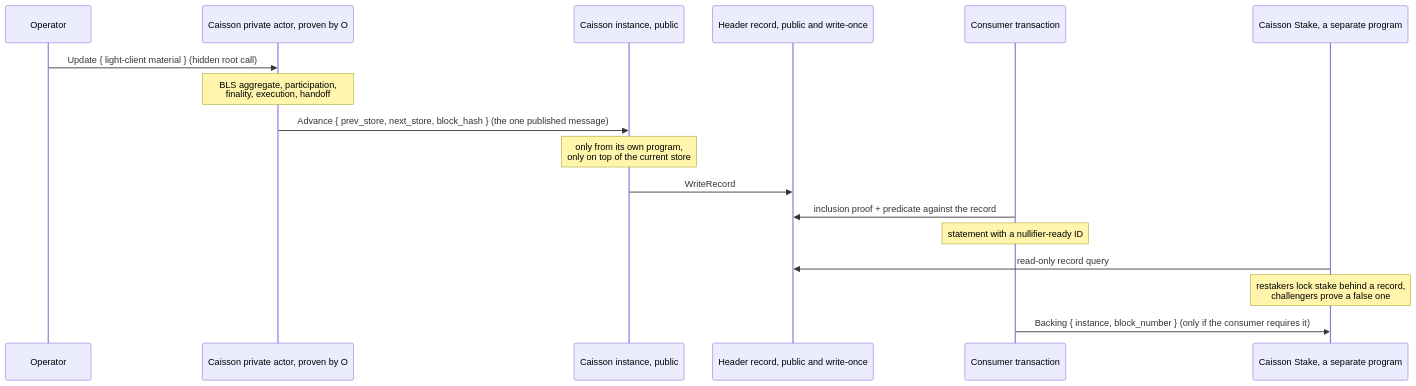
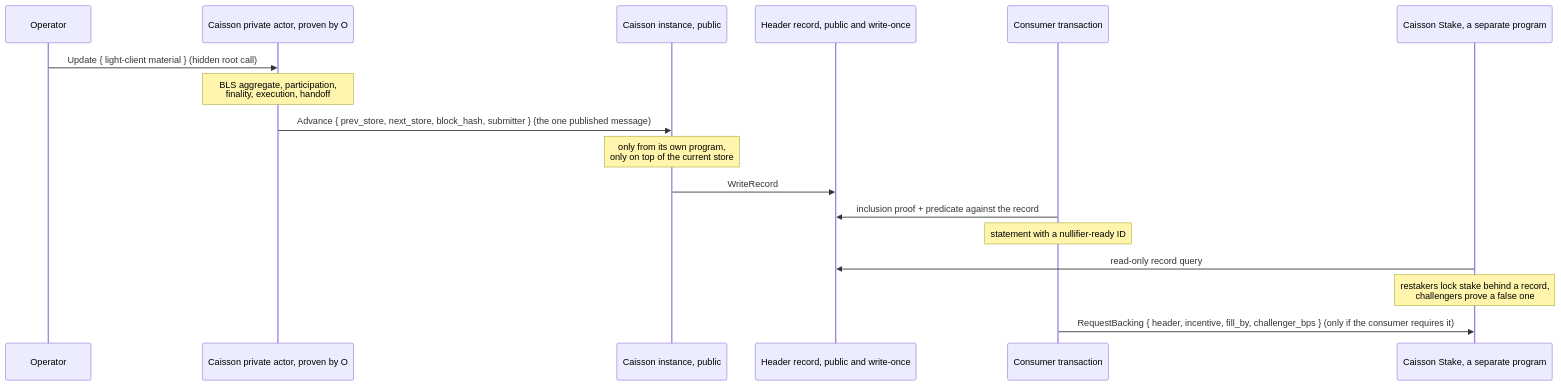
The first of 2 diagrams in submission.md (congruence/caisson), drawn with Mermaid before and after one commit. The commit also changed other lines of this file, not shown here.

````diff
--- a/submission.md
+++ b/submission.md
@@ -117,19 +121,19 @@
 ```mermaid
 sequenceDiagram
     participant O as Operator
     participant P as Caisson private actor, proven by O
     participant I as Caisson instance, public
     participant R as Header record, public and write-once
     participant C as Consumer transaction
     participant S as Caisson Stake, a separate program
     O->>P: Update { light-client material }  (hidden root call)
     Note over P: BLS aggregate, participation,<br/>finality, execution, handoff
-    P->>I: Advance { prev_store, next_store, block_hash }  (the one published message)
+    P->>I: Advance { prev_store, next_store, block_hash, submitter }  (the one published message)
     Note over I: only from its own program,<br/>only on top of the current store
     I->>R: WriteRecord
     C->>R: inclusion proof + predicate against the record
     Note over C: statement with a nullifier-ready ID
     S->>R: read-only record query
     Note over S: restakers lock stake behind a record,<br/>challengers prove a false one
-    C->>S: Backing { instance, block_number }  (only if the consumer requires it)
+    C->>S: RequestBacking { header, incentive, fill_by, challenger_bps }  (only if the consumer requires it)
 ```
````
